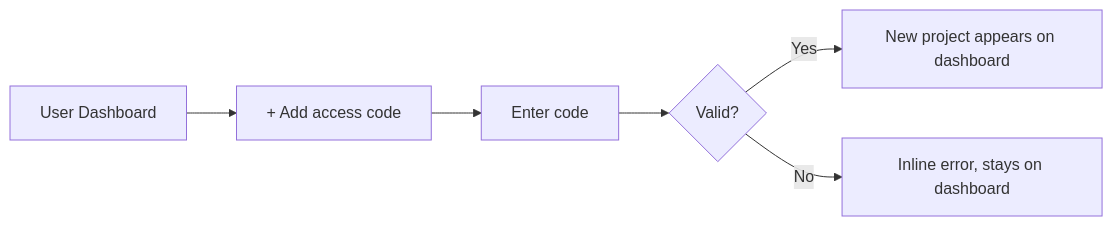
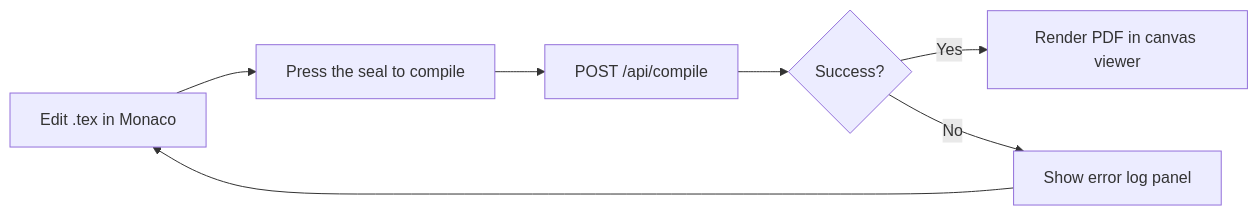
Before and after one commit to Siddhantshukla1657/Texly: the second of 4 diagrams in docs/design.md, drawn with Mermaid. The commit also changed other lines of this file and 20 other files, not shown here.

````diff
--- a/docs/design.md
+++ b/docs/design.md
@@ -42,8 +43,9 @@
 ```mermaid
 flowchart LR
-    A[User Dashboard] --> B["+ Add access code"]
-    B --> C[Enter code]
-    C --> D{Valid?}
-    D -->|Yes| E[New project appears on dashboard]
-    D -->|No| F[Inline error, stays on dashboard]
+    A[Edit .tex in Monaco] --> B[Press the seal to compile]
+    B --> C[POST /api/compile]
+    C --> D{Success?}
+    D -->|Yes| E[Render PDF in canvas viewer]
+    D -->|No| F[Show error log panel]
+    F --> A
 ```
````
